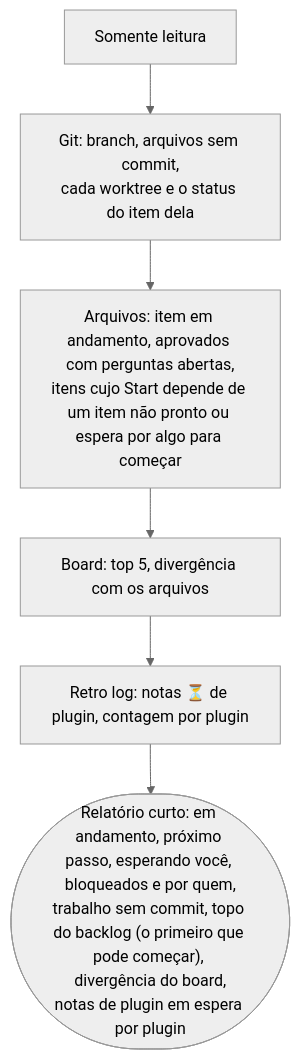
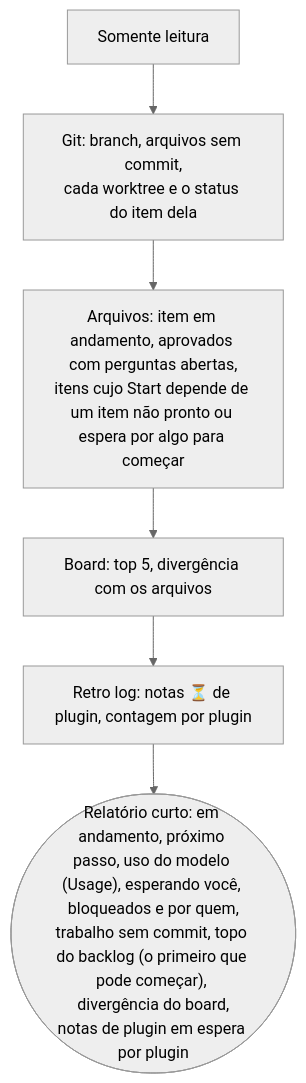
One commit to alexcanario/simulab changed diagram 16 of 24 in docs/agile/workflow.pt-BR.md. Above: the diagram before and after it, drawn with Mermaid (neutral theme). The commit also changed other lines of this file and 5 other files, not shown here.

````diff
--- a/docs/agile/workflow.pt-BR.md
+++ b/docs/agile/workflow.pt-BR.md
@@ -1149,8 +1154,8 @@
 ```mermaid
 flowchart TD
     A["Somente leitura"] --> B["Git: branch, arquivos sem commit,<br/>cada worktree e o status do item dela"]
     B --> C["Arquivos: item em andamento, aprovados com perguntas abertas,<br/>itens cujo Start depende de um item não pronto ou espera por algo para começar"]
     C --> D["Board: top 5, divergência com os arquivos"]
     D --> E["Retro log: notas ⏳ de plugin, contagem por plugin"]
-    E --> F(["Relatório curto: em andamento, próximo passo, esperando você, bloqueados e por quem,<br/>trabalho sem commit, topo do backlog (o primeiro que pode começar), divergência do board,<br/>notas de plugin em espera por plugin"])
+    E --> F(["Relatório curto: em andamento, próximo passo, uso do modelo (Usage), esperando você, bloqueados e por quem,<br/>trabalho sem commit, topo do backlog (o primeiro que pode começar), divergência do board,<br/>notas de plugin em espera por plugin"])
 ```
````
